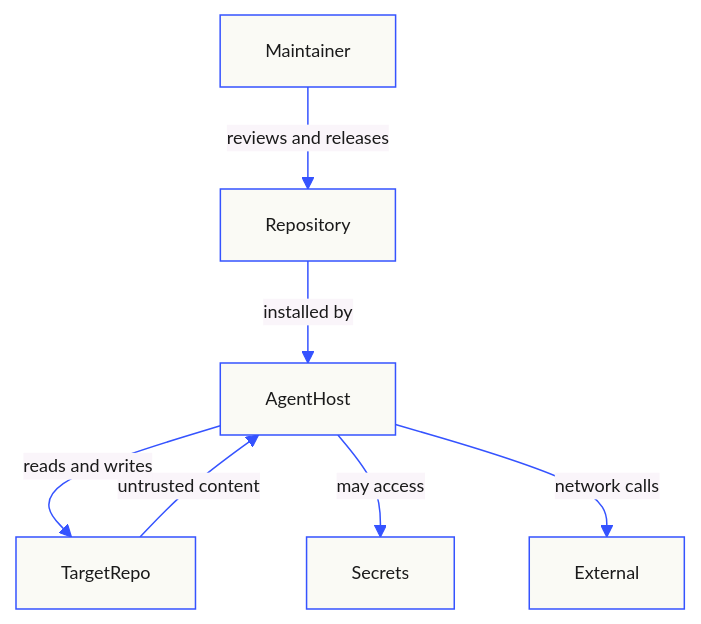
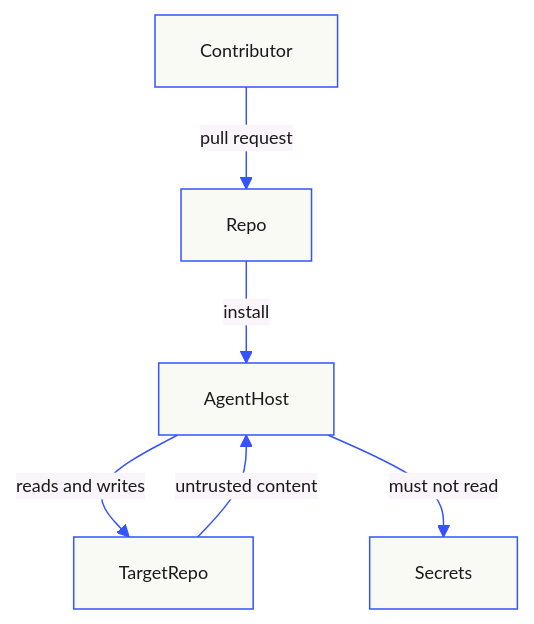
Before and after one commit to TechnoBureau/ai-init: the diagram in docs/threat-model.md, drawn with Mermaid. The commit also changed other lines of this file and 42 other files, not shown here.

````diff
--- a/docs/threat-model.md
+++ b/docs/threat-model.md
@@ -18,10 +39,9 @@
 ```mermaid
 %%{init: {'theme':'base','themeVariables':{'primaryColor':'#fafaf5','primaryTextColor':'#1a1a1a','primaryBorderColor':'#3553ff','lineColor':'#3553ff','fontFamily':'JetBrains Mono','fontSize':'12px'}}}%%
 flowchart TB
-  Maintainer -->|reviews and releases| Repository
-  Repository -->|installed by| AgentHost
+  Contributor -->|pull request| Repo
+  Repo -->|install| AgentHost
   TargetRepo -->|untrusted content| AgentHost
   AgentHost -->|reads and writes| TargetRepo
-  AgentHost -->|may access| Secrets
-  AgentHost -->|network calls| External
+  AgentHost -->|must not read| Secrets
 ```
````
